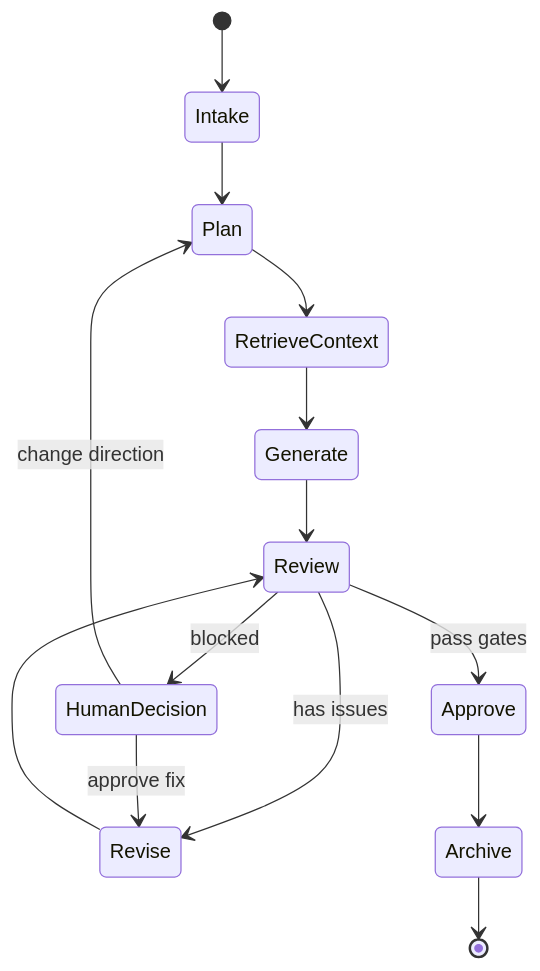
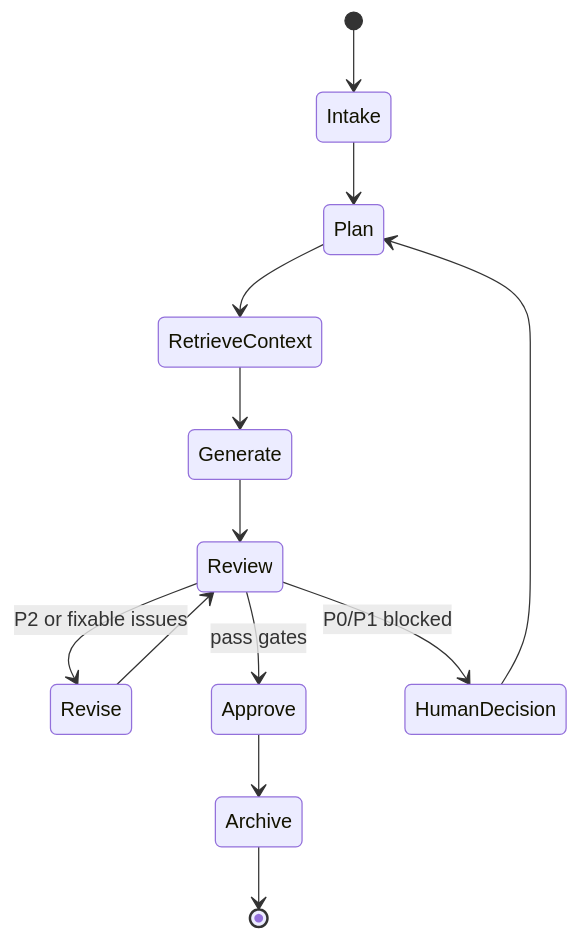
One commit to shunminli/ceo-agent-botmux changed the second of 2 diagrams in docs/novel-creation-agent-team-tech-plan.md. Above: the diagram before and after it, drawn with Mermaid. The commit also changed other lines of this file and 1 other file, not shown here.

Commit message:
docs: consolidate novel agent team plan

````diff
--- a/docs/novel-creation-agent-team-tech-plan.md
+++ b/docs/novel-creation-agent-team-tech-plan.md
@@ -367,16 +281,15 @@
 ```mermaid
 stateDiagram-v2
   [*] --> Intake
   Intake --> Plan
   Plan --> RetrieveContext
   RetrieveContext --> Generate
   Generate --> Review
-  Review --> Revise: has issues
+  Review --> Revise: P2 or fixable issues
   Revise --> Review
   Review --> Approve: pass gates
   Approve --> Archive
   Archive --> [*]
-  Review --> HumanDecision: blocked
-  HumanDecision --> Plan: change direction
-  HumanDecision --> Revise: approve fix
+  Review --> HumanDecision: P0/P1 blocked
+  HumanDecision --> Plan
 ```
````
